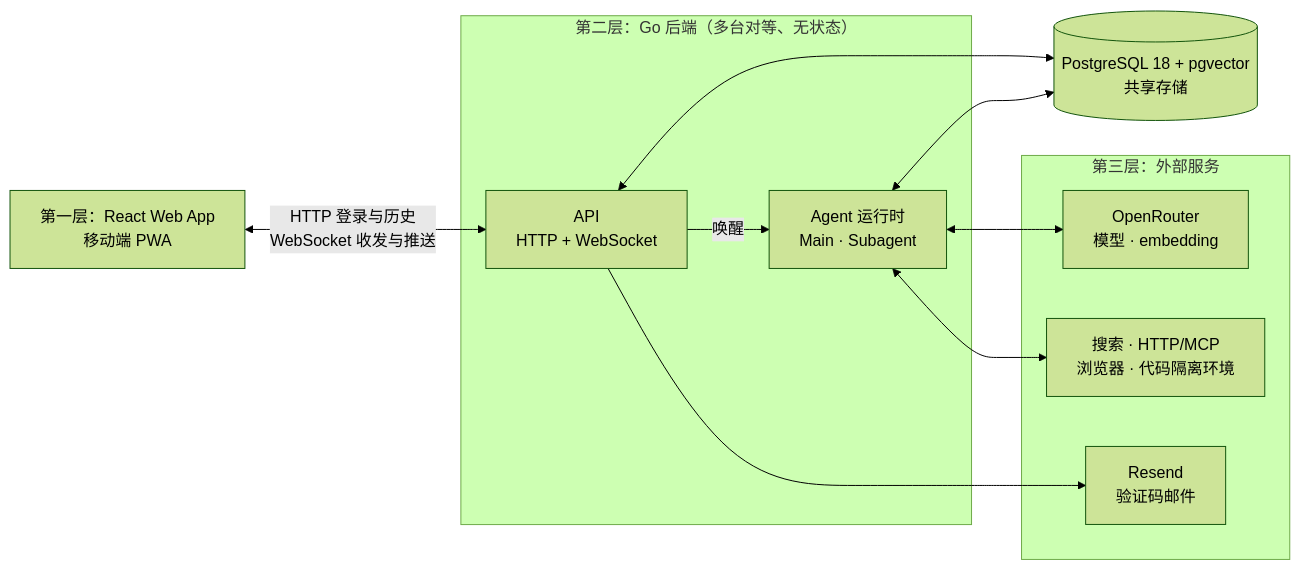
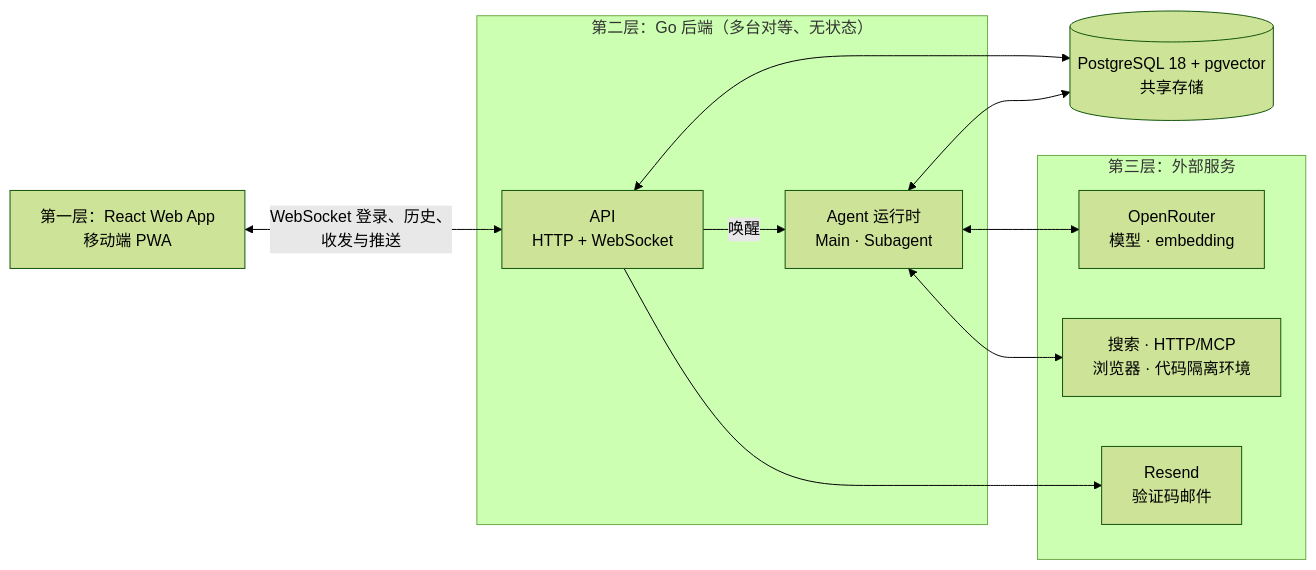
One commit to OmniNetOpensource/aether-personal changed the diagram in docs/wiki/01-overview.md. Above: the diagram before and after it, drawn with Mermaid (forest theme). The commit also changed other lines of this file and 13 other files, not shown here.

````diff
--- a/docs/wiki/01-overview.md
+++ b/docs/wiki/01-overview.md
@@ -23,22 +23,22 @@
 ```mermaid
 flowchart LR
     APP["第一层：React Web App<br/>移动端 PWA"]
     subgraph BACKEND["第二层：Go 后端（多台对等、无状态）"]
         API["API<br/>HTTP + WebSocket"]
         RUNTIME["Agent 运行时<br/>Main · Subagent"]
     end
     DB[("PostgreSQL 18 + pgvector<br/>共享存储")]
     subgraph EXTERNAL["第三层：外部服务"]
         OPENROUTER["OpenRouter<br/>模型 · embedding"]
         RESEND["Resend<br/>验证码邮件"]
         TOOLS["搜索 · HTTP/MCP<br/>浏览器 · 代码隔离环境"]
     end
 
-    APP <-->|"HTTP 登录与历史<br/>WebSocket 收发与推送"| API
+    APP <-->|"WebSocket 登录、历史、<br/>收发与推送"| API
     API <--> DB
     RUNTIME <--> DB
     API -->|"唤醒"| RUNTIME
     RUNTIME <--> OPENROUTER
     API --> RESEND
     RUNTIME <--> TOOLS
 ```
````
